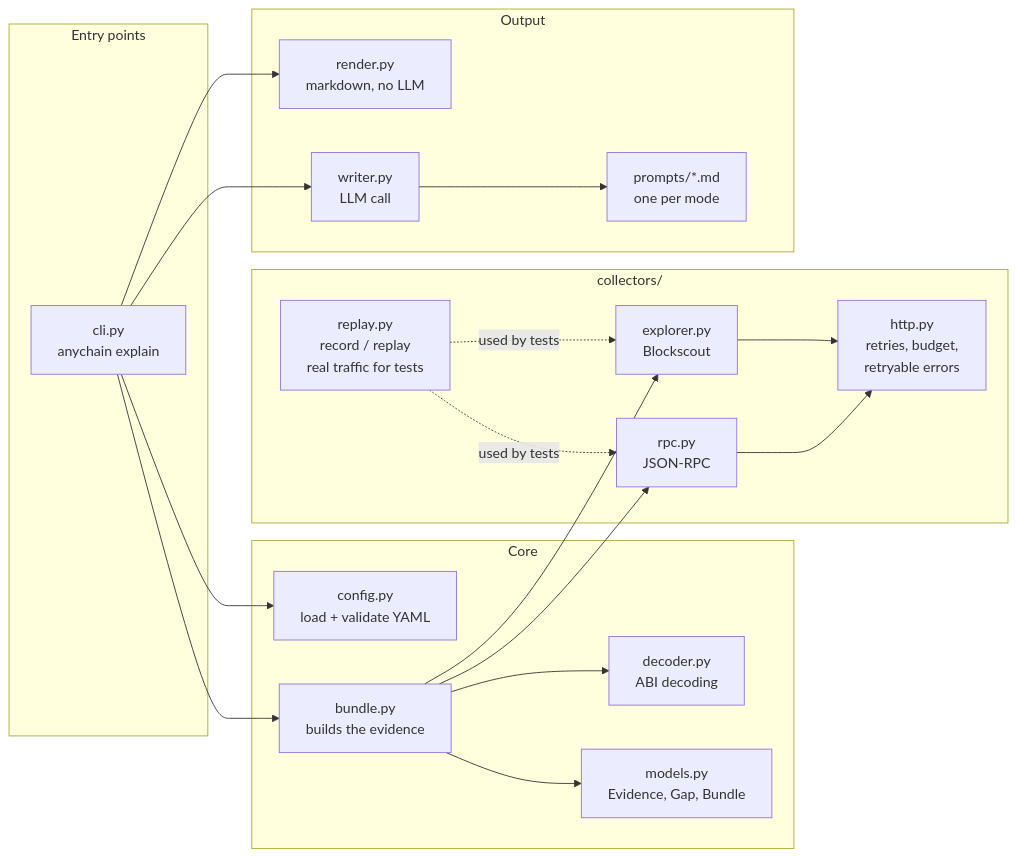
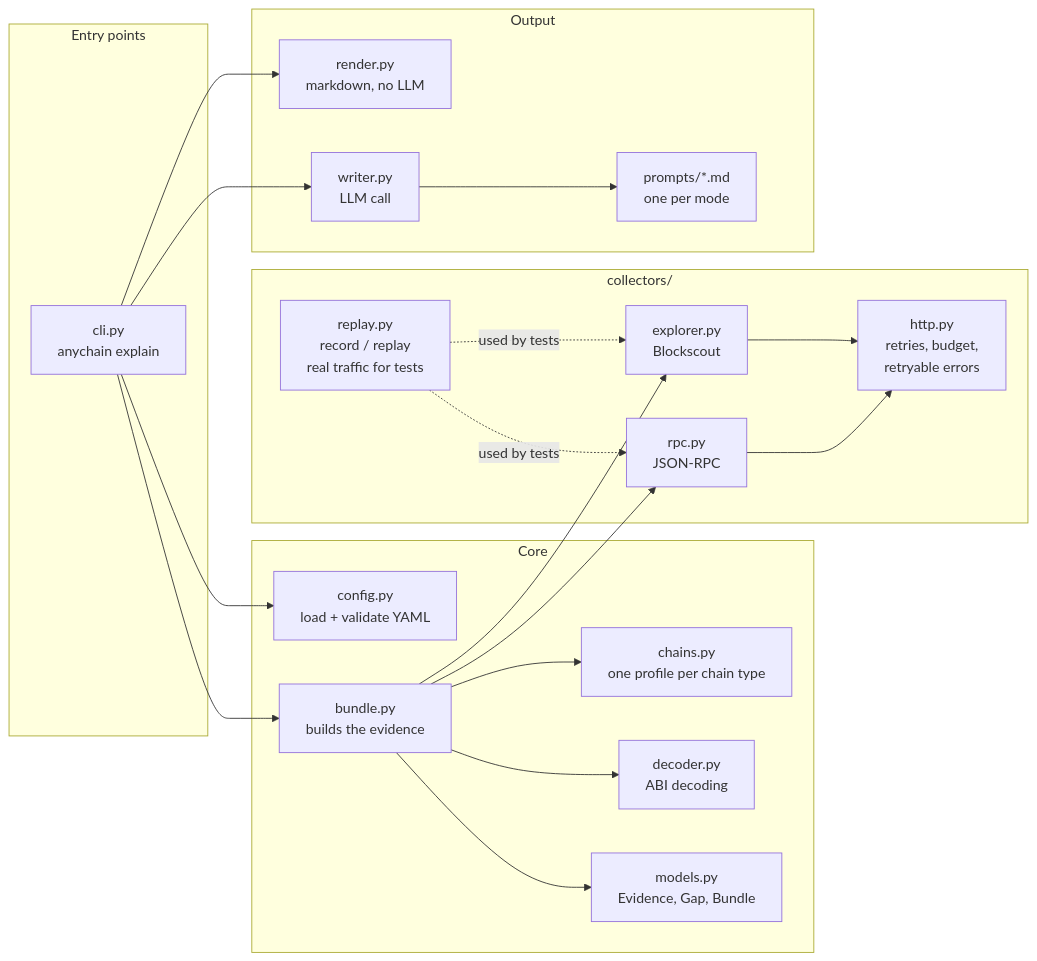
The third of 4 diagrams in docs/ARCHITECTURE.md (Ebaoj/anychain), drawn with Mermaid before and after one commit. The commit also changed other lines of this file and 3 other files, not shown here.

Commit message:
Docs: D20 chain-type profiles, roadmap with the phase 4 private devnet, diagrams in both languages

````diff
--- a/docs/ARCHITECTURE.md
+++ b/docs/ARCHITECTURE.md
@@ -114,40 +116,42 @@
 ```mermaid
 flowchart LR
     subgraph entry["Entry points"]
         cli["cli.py<br/>anychain explain"]
     end
 
     subgraph core["Core"]
         config["config.py<br/>load + validate YAML"]
+        chains["chains.py<br/>one profile per chain type"]
         bundle["bundle.py<br/>builds the evidence"]
         decoder["decoder.py<br/>ABI decoding"]
         models["models.py<br/>Evidence, Gap, Bundle"]
     end
 
     subgraph collectors["collectors/"]
         http["http.py<br/>retries, budget,<br/>retryable errors"]
         explorer["explorer.py<br/>Blockscout"]
         rpc["rpc.py<br/>JSON-RPC"]
         replay["replay.py<br/>record / replay<br/>real traffic for tests"]
     end
 
     subgraph output["Output"]
         render["render.py<br/>markdown, no LLM"]
         writer["writer.py<br/>LLM call"]
         prompts["prompts/*.md<br/>one per mode"]
     end
 
     cli --> config
     cli --> bundle
     cli --> render
     cli --> writer
     bundle --> explorer
     bundle --> rpc
     bundle --> decoder
     bundle --> models
+    bundle --> chains
     explorer --> http
     rpc --> http
     writer --> prompts
     replay -.used by tests.-> explorer
     replay -.used by tests.-> rpc
 ```
````
